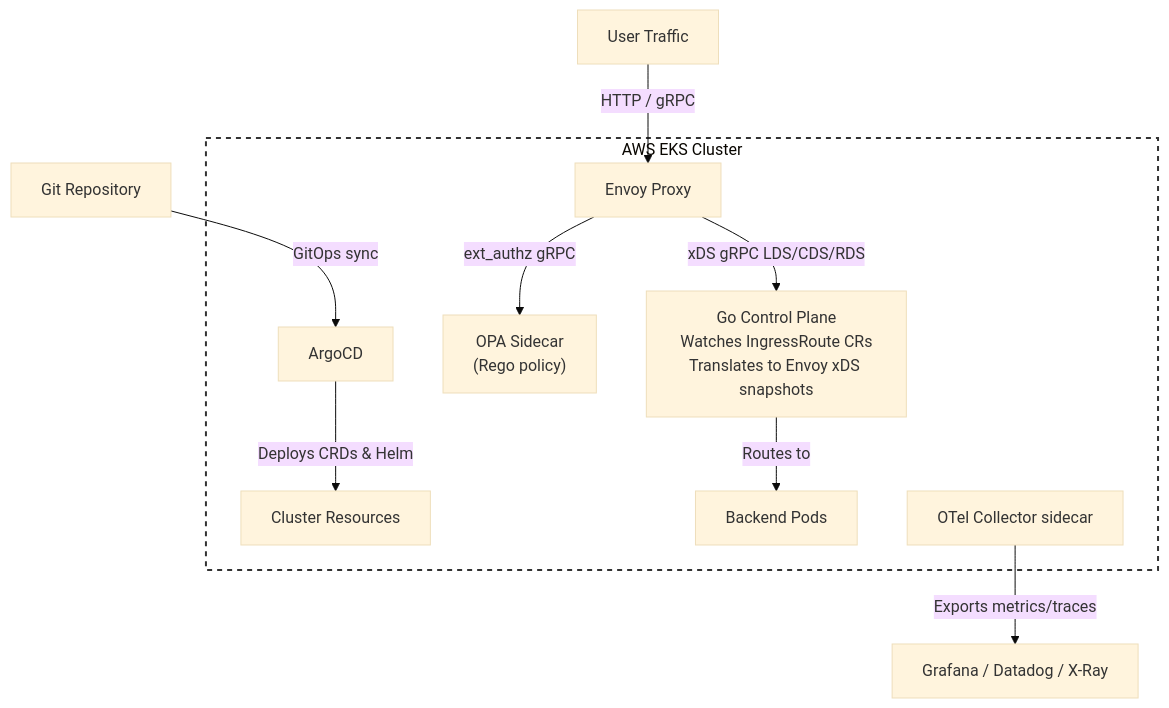
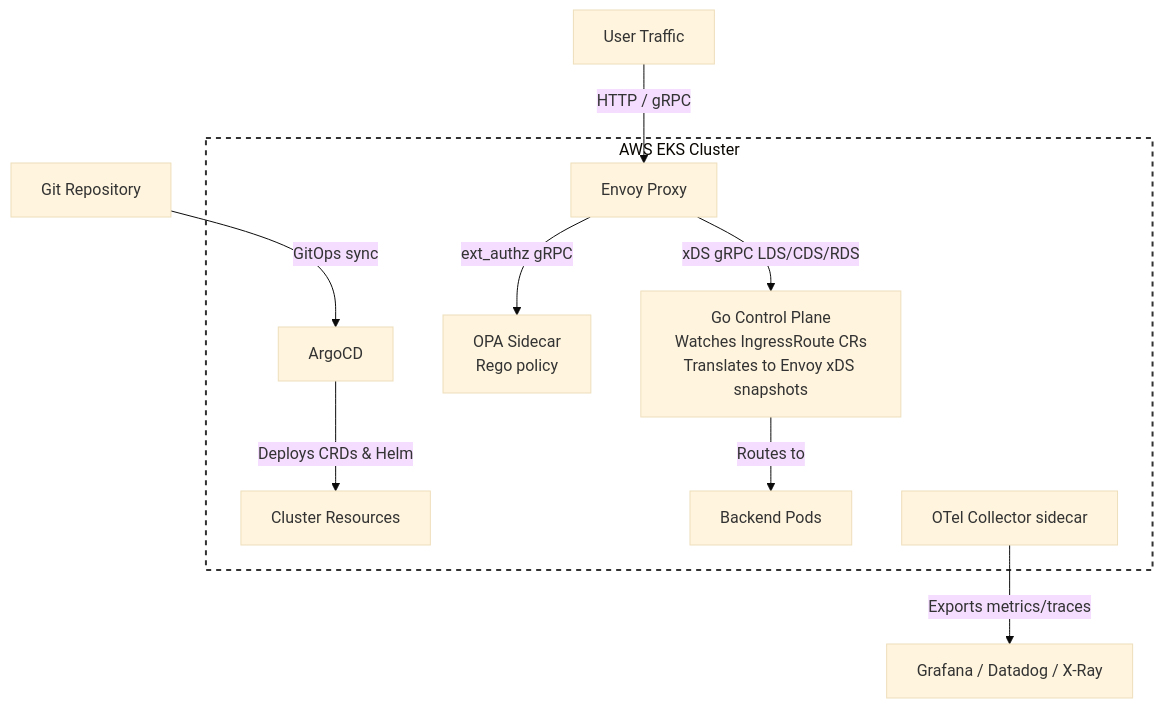
Before and after one commit to Jolaboy/ingress-control-plane-engine: the diagram in README.md, drawn with Mermaid (base theme).

Commit message:
docs: adjusted the Mermaid diagram.

````diff
--- a/README.md
+++ b/README.md
@@ -8,32 +8,32 @@
 ```mermaid
-flowchart TD
-    %% Define External Nodes First
-    Git["Git Repository"]
-    Traffic["User Traffic"]
-    Observability["Grafana / Datadog / X-Ray"]
+flowchart TB
+    %% External Nodes
+    Git[Git Repository]
+    Traffic[User Traffic]
+    Obs[Grafana / Datadog / X-Ray]
 
-    %% Define Subgraph and Internal Nodes
-    subgraph EKS ["AWS EKS Cluster"]
-        ArgoCD["ArgoCD"]
-        CP_Space["Cluster Resources"]
-        Envoy["Envoy Proxy"]
-        OPA["OPA Sidecar<br>(Rego policy)"]
-        GoControl["Go Control Plane<br>Watches IngressRoute CRs<br>Translates to Envoy xDS snapshots"]
-        Backend["Backend Pods"]
-        OTel["OTel Collector sidecar"]
-
-        %% Internal routing
-        ArgoCD -->|Deploys CRDs & Helm| CP_Space
+    %% Subgraph Box
+    subgraph EKS [AWS EKS Cluster]
+        ArgoCD[ArgoCD]
+        CP[Cluster Resources]
+        Envoy[Envoy Proxy]
+        OPA[OPA Sidecar<br/>Rego policy]
+        GoCP[Go Control Plane<br/>Watches IngressRoute CRs<br/>Translates to Envoy xDS snapshots]
+        Pods[Backend Pods]
+        OTel[OTel Collector sidecar]
+        
+        %% Internal Links
+        ArgoCD -->|Deploys CRDs & Helm| CP
         Envoy -->|ext_authz gRPC| OPA
-        Envoy -->|xDS gRPC LDS/CDS/RDS| GoControl
-        GoControl -->|Routes to| Backend
+        Envoy -->|xDS gRPC LDS/CDS/RDS| GoCP
+        GoCP -->|Routes to| Pods
     end
     
-    %% EXPLICIT External -> Internal Node Connections
+    %% External to Internal Links (Forced to calculate last)
     Git -->|GitOps sync| ArgoCD
     Traffic -->|HTTP / gRPC| Envoy
-    OTel -->|Exports metrics/traces| Observability
+    OTel -->|Exports metrics/traces| Obs
     
     %% Styling
     style EKS fill:transparent,stroke:#333,stroke-width:2px,stroke-dasharray: 5 5
 ```
````
